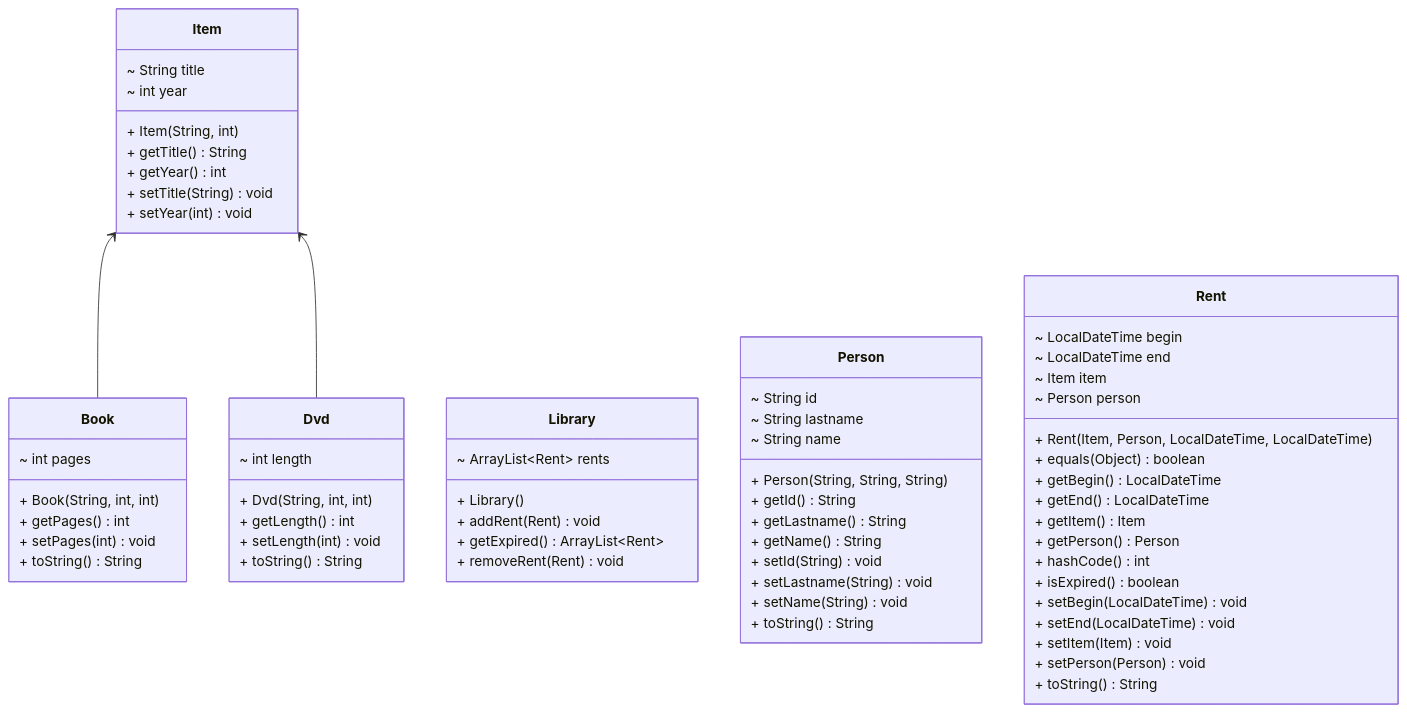
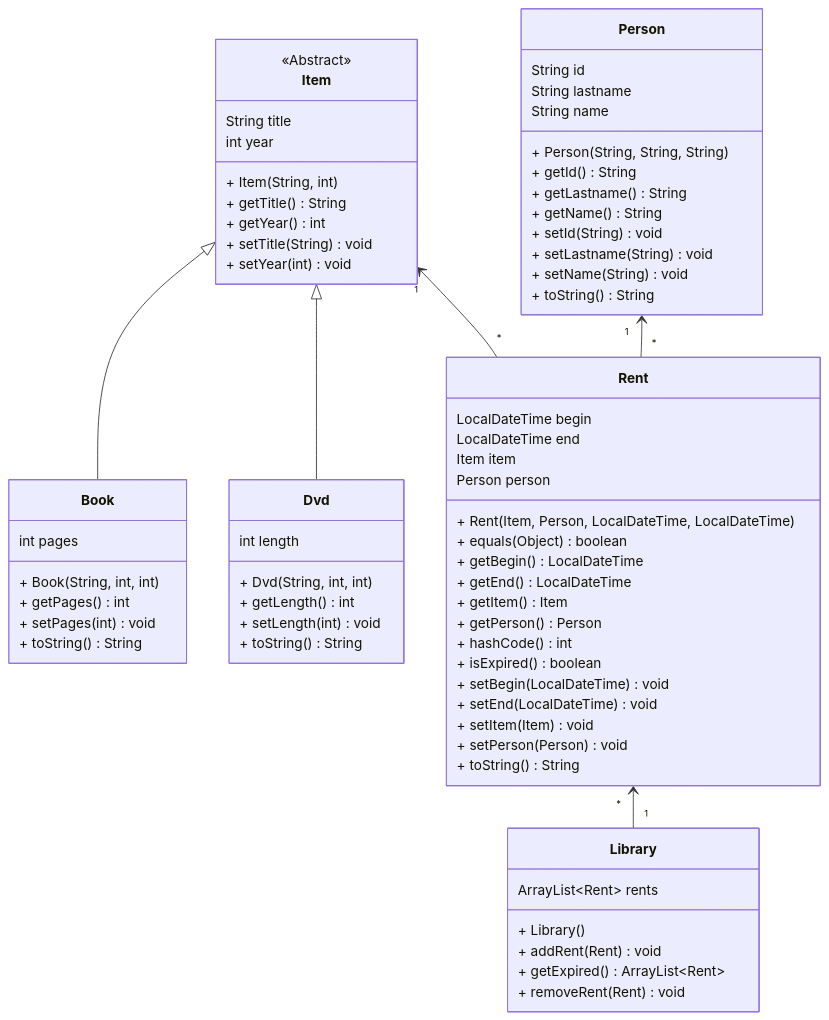
The diagram in assets/uml/library.mmd (nbicocchi/learn-java-core), drawn with Mermaid before and after one commit. The commit also changed other lines of this file and 4 other files, not shown here.

```diff
--- a/assets/uml/library.mmd
+++ b/assets/uml/library.mmd
@@ -1,67 +1,71 @@
 classDiagram
 direction BT
 class Book {
-  + Book(String, int, int) 
-  ~ int pages
-  + getPages() int
-  + setPages(int) void
-  + toString() String
+    int pages
+    + Book(String, int, int)
+    + getPages() int
+    + setPages(int) void
+    + toString() String
 }
 class Dvd {
-  + Dvd(String, int, int) 
-  ~ int length
-  + getLength() int
-  + setLength(int) void
-  + toString() String
+    int length
+    + Dvd(String, int, int)
+    + getLength() int
+    + setLength(int) void
+    + toString() String
 }
 class Item {
-  + Item(String, int) 
-  ~ String title
-  ~ int year
-  + getTitle() String
-  + getYear() int
-  + setTitle(String) void
-  + setYear(int) void
+    <<Abstract>>
+    String title
+    int year
+    + Item(String, int)
+    + getTitle() String
+    + getYear() int
+    + setTitle(String) void
+    + setYear(int) void
 }
 class Library {
-  + Library() 
-  ~ ArrayList~Rent~ rents
-  + addRent(Rent) void
-  + getExpired() ArrayList~Rent~
-  + removeRent(Rent) void
+    ArrayList~Rent~ rents
+    + Library()
+    + addRent(Rent) void
+    + getExpired() ArrayList~Rent~
+    + removeRent(Rent) void
 }
 class Person {
-  + Person(String, String, String) 
-  ~ String id
-  ~ String lastname
-  ~ String name
+    String id
+    String lastname
+    String name
+  + Person(String, String, String)
   + getId() String
   + getLastname() String
   + getName() String
   + setId(String) void
   + setLastname(String) void
   + setName(String) void
   + toString() String
 }
 class Rent {
-  + Rent(Item, Person, LocalDateTime, LocalDateTime) 
-  ~ LocalDateTime begin
-  ~ LocalDateTime end
-  ~ Item item
-  ~ Person person
-  + equals(Object) boolean
-  + getBegin() LocalDateTime
-  + getEnd() LocalDateTime
-  + getItem() Item
-  + getPerson() Person
-  + hashCode() int
-  + isExpired() boolean
-  + setBegin(LocalDateTime) void
-  + setEnd(LocalDateTime) void
-  + setItem(Item) void
-  + setPerson(Person) void
-  + toString() String
+    LocalDateTime begin
+    LocalDateTime end
+    Item item
+    Person person
+    + Rent(Item, Person, LocalDateTime, LocalDateTime)
+    + equals(Object) boolean
+    + getBegin() LocalDateTime
+    + getEnd() LocalDateTime
+    + getItem() Item
+    + getPerson() Person
+    + hashCode() int
+    + isExpired() boolean
+    + setBegin(LocalDateTime) void
+    + setEnd(LocalDateTime) void
+    + setItem(Item) void
+    + setPerson(Person) void
+    + toString() String
 }
 
-Book  -->  Item 
-Dvd  -->  Item 
+Book  --|>  Item
+Dvd  --|>  Item
+Rent "*" --> "1" Person
+Rent "*" --> "1" Item
+Library "1" --> "*" Rent
```
